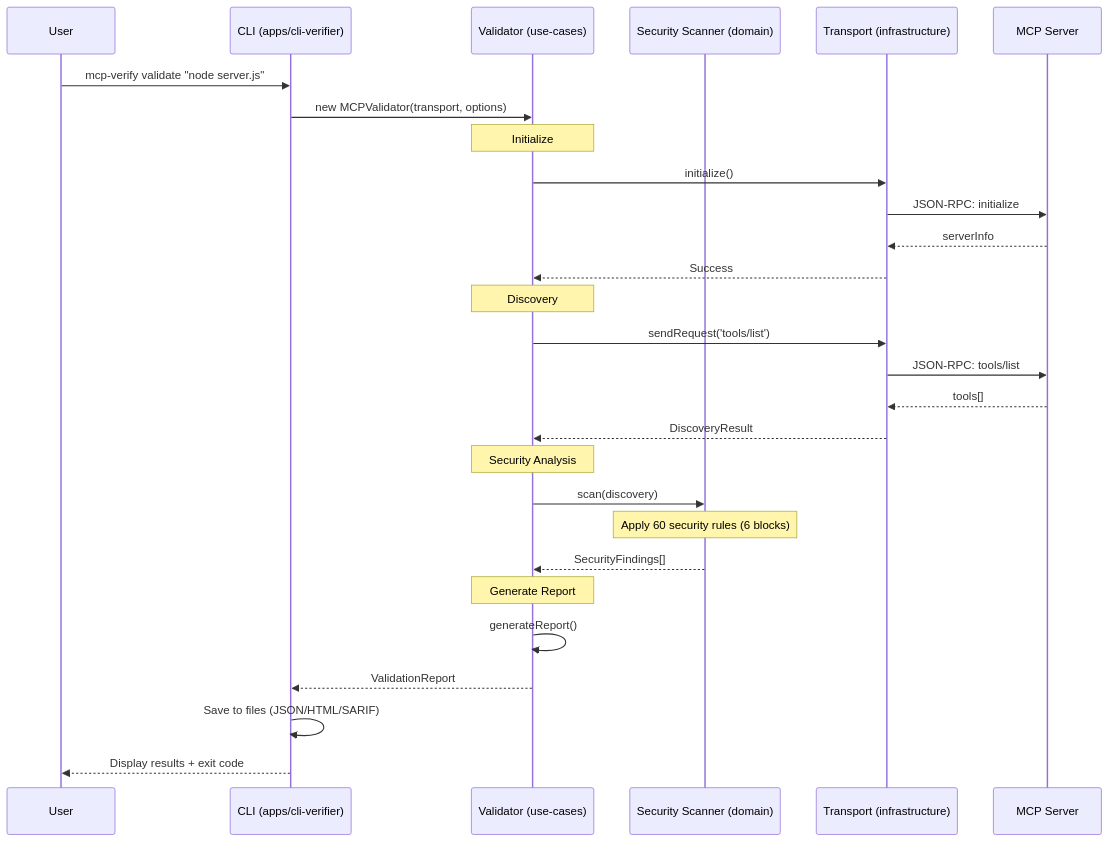
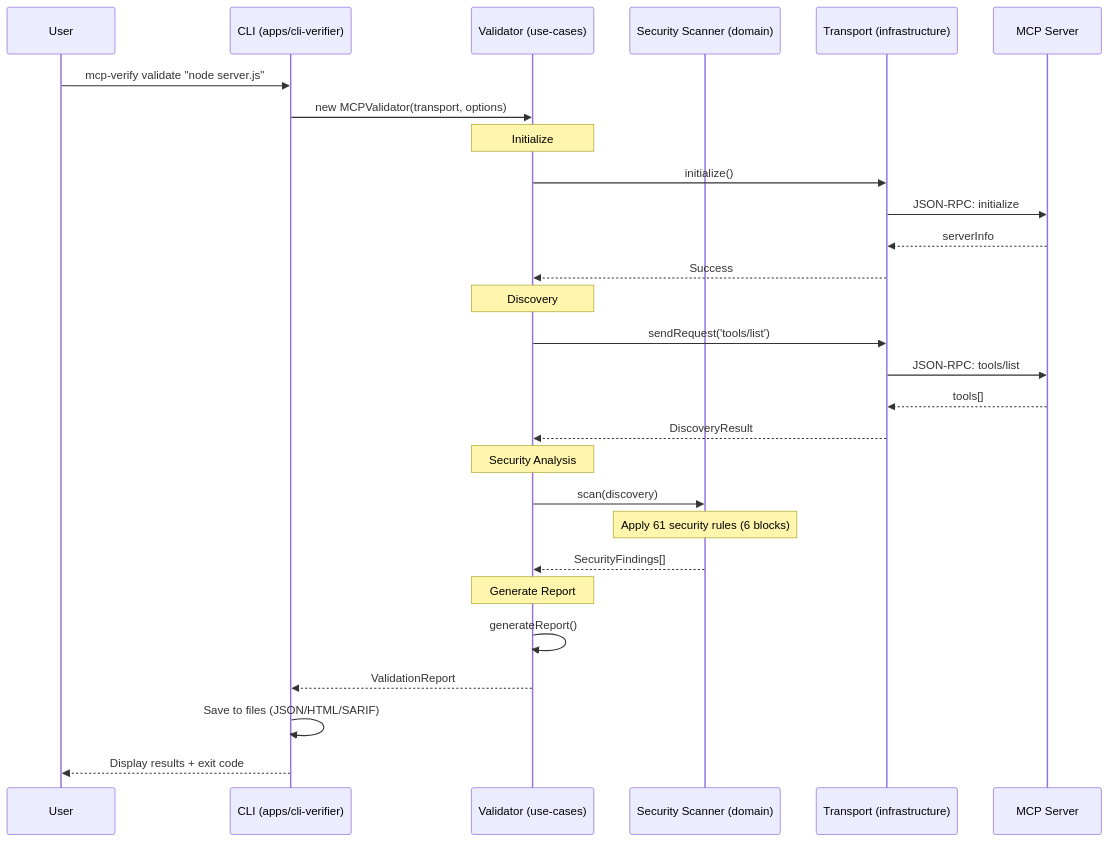
The sixth of 10 diagrams in ARCHITECTURE.md (FinkTech/mcp-verify), drawn with Mermaid before and after one commit. The commit also changed other lines of this file and 40 other files, not shown here.

````diff
--- a/ARCHITECTURE.md
+++ b/ARCHITECTURE.md
@@ -705,36 +705,36 @@
 ```mermaid
 sequenceDiagram
     participant U as User
     participant C as CLI (apps/cli-verifier)
     participant UC as Validator (use-cases)
     participant D as Security Scanner (domain)
     participant I as Transport (infrastructure)
     participant S as MCP Server
 
     U->>C: mcp-verify validate "node server.js"
     C->>UC: new MCPValidator(transport, options)
 
     Note over UC: Initialize
     UC->>I: initialize()
     I->>S: JSON-RPC: initialize
     S-->>I: serverInfo
     I-->>UC: Success
 
     Note over UC: Discovery
     UC->>I: sendRequest('tools/list')
     I->>S: JSON-RPC: tools/list
     S-->>I: tools[]
     I-->>UC: DiscoveryResult
 
     Note over UC: Security Analysis
     UC->>D: scan(discovery)
-    Note over D: Apply 60 security rules (6 blocks)
+    Note over D: Apply 61 security rules (6 blocks)
     D-->>UC: SecurityFindings[]
 
     Note over UC: Generate Report
     UC->>UC: generateReport()
     UC-->>C: ValidationReport
 
     C->>C: Save to files (JSON/HTML/SARIF)
     C-->>U: Display results + exit code
 ```
````
